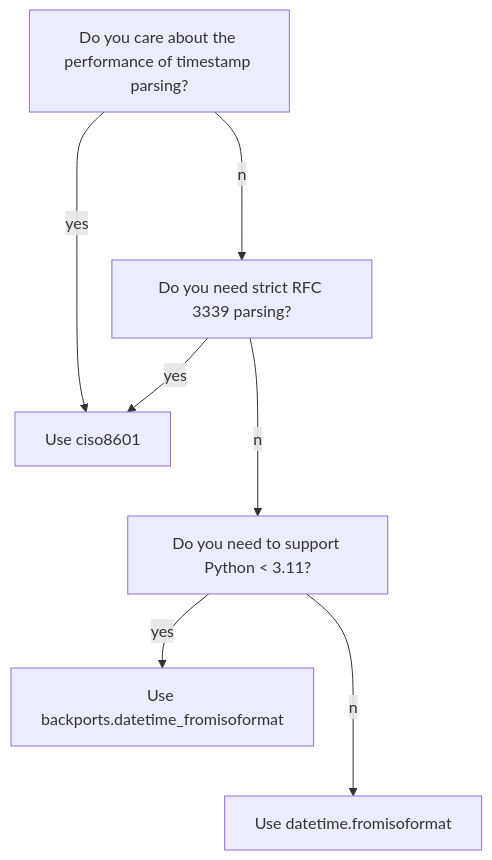
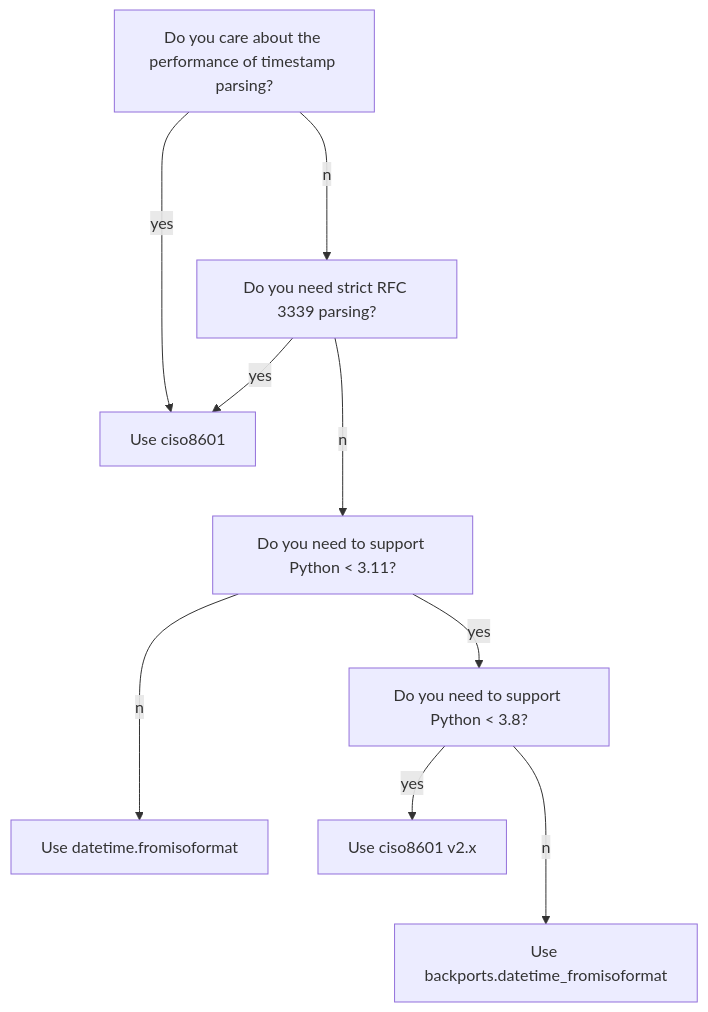
Before and after one commit to closeio/ciso8601: the diagram in why_ciso8601.md, drawn with Mermaid. The commit also changed other lines of this file and 1 other file, not shown here.

Commit message:
Address PR comments from thomasst and movermeyer
- Remove unused PY_VERSION_AT_LEAST_38 macro (thomasst)
- Simplify SUPPORTS_37_TIMEZONE_API macro using suggested syntax (thomasst)
- Add section for Python < 3.8 support pointing to v2.x (movermeyer)
- Update flowchart to include v2.x option for older Python versions

````diff
--- a/why_ciso8601.md
+++ b/why_ciso8601.md
@@ -13,18 +14,23 @@
 ```mermaid
 graph TD;
     A[Do you care about the performance of timestamp parsing?]
     A--yes-->Y;
     A--no-->E;
 
     E[Do you need strict RFC 3339 parsing?];
     E--yes-->Y;
     E--no-->H;
 
     H[Do you need to support Python < 3.11?]
-    H--yes-->V;
+    H--yes-->I;
     H--no-->Z;
 
+    I[Do you need to support Python < 3.8?]
+    I--yes-->W;
+    I--no-->V;
+
     V[Use backports.datetime_fromisoformat]
+    W[Use ciso8601 v2.x]
     Y[Use ciso8601]
     Z[Use datetime.fromisoformat]
 ```
````
